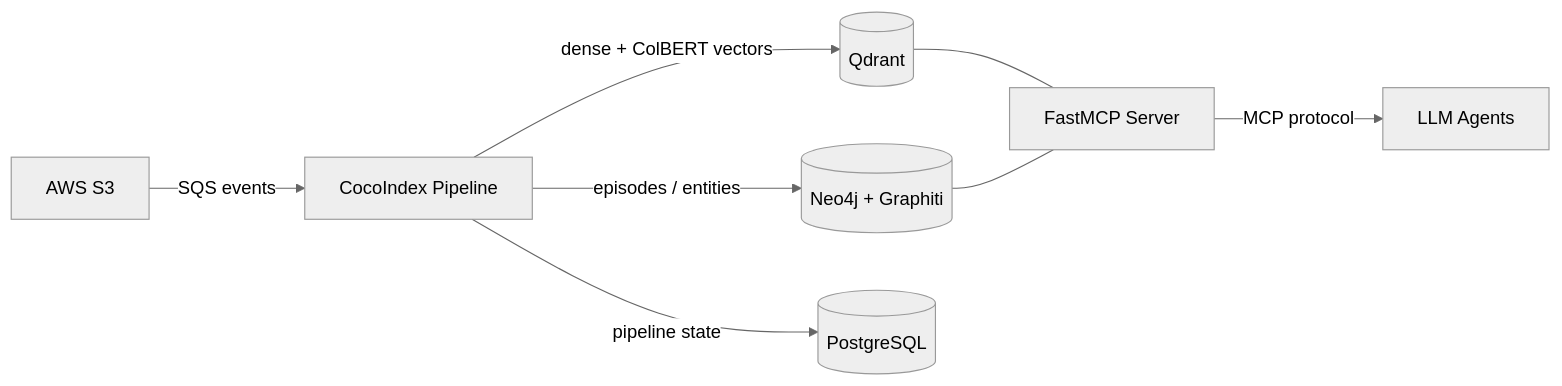
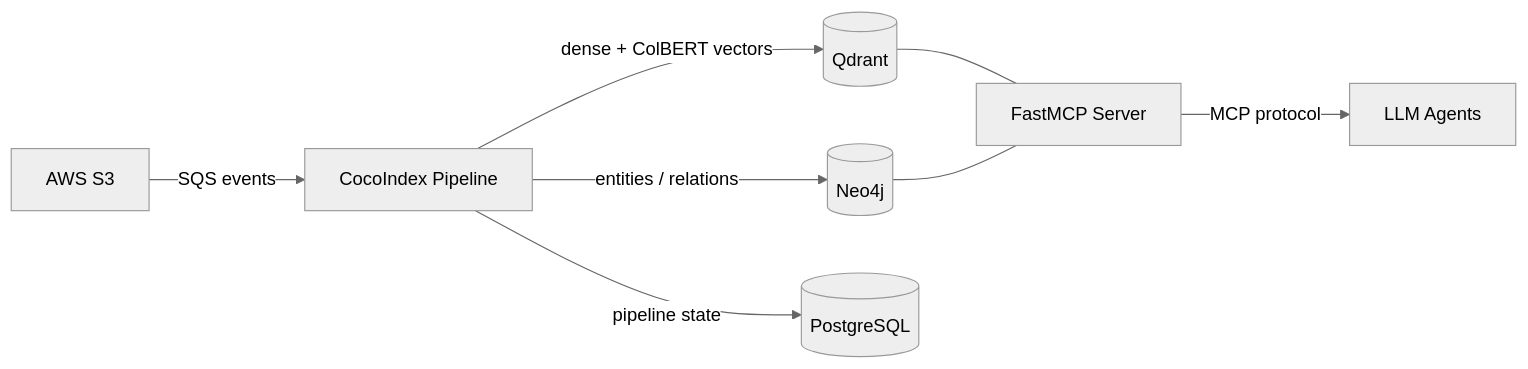
The diagram in docs/index.md (dollro/spektr), drawn with Mermaid (neutral theme) before and after one commit. The commit also changed other lines of this file and 8 other files, not shown here.

First line of the commit message:
docs: update documentation for modular graph engine (GLiNER2 + Graphiti)

````diff
--- a/docs/index.md
+++ b/docs/index.md
@@ -16,10 +16,10 @@
 ```mermaid
 graph LR
     S3[AWS S3] -->|SQS events| Pipeline[CocoIndex Pipeline]
     Pipeline -->|dense + ColBERT vectors| Qdrant[(Qdrant)]
-    Pipeline -->|episodes / entities| Neo4j[(Neo4j + Graphiti)]
+    Pipeline -->|entities / relations| Neo4j[(Neo4j)]
     Pipeline -->|pipeline state| PG[(PostgreSQL)]
     Qdrant --- MCP[FastMCP Server]
     Neo4j --- MCP
     MCP -->|MCP protocol| Agent[LLM Agents]
 ```
````
